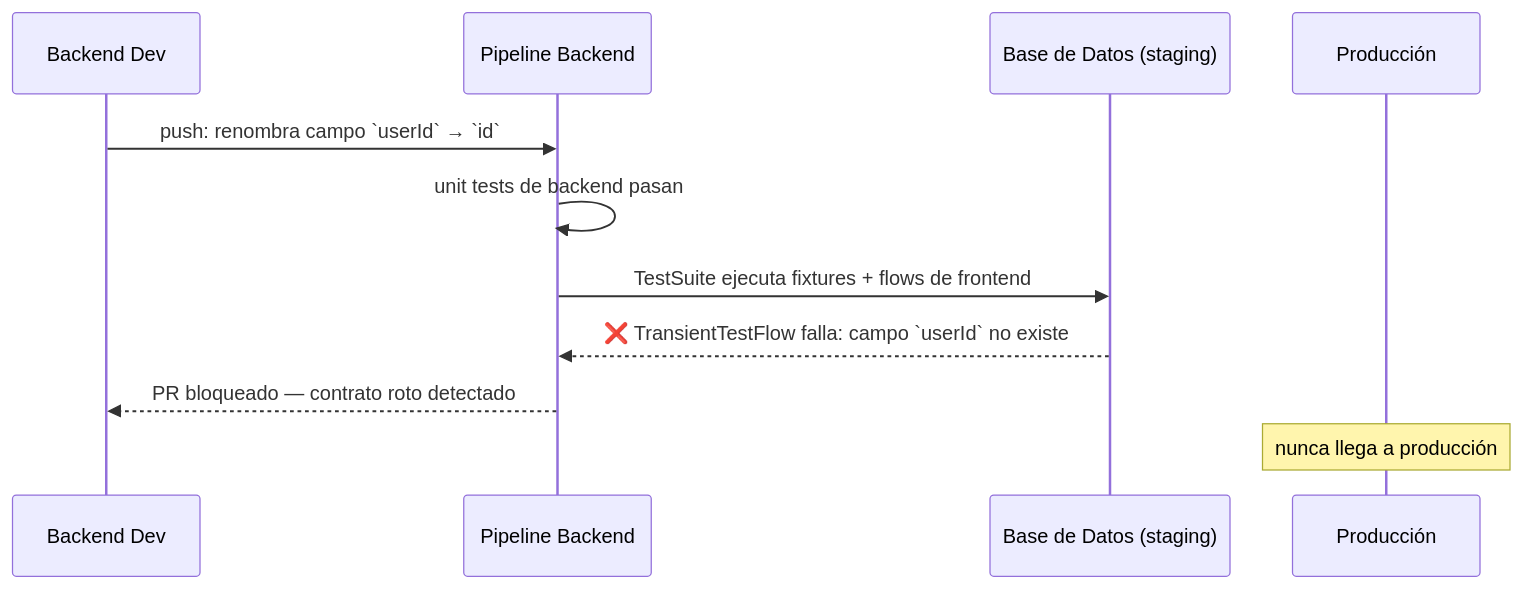
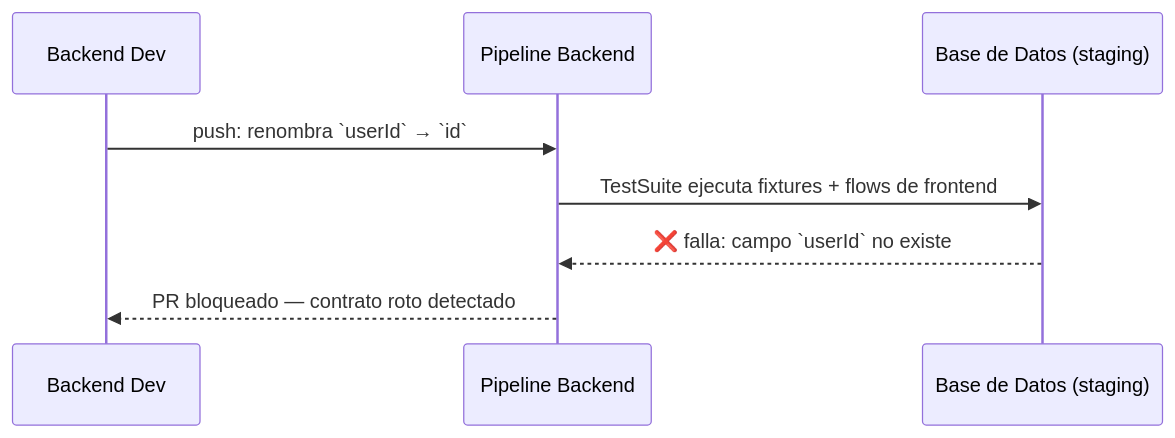
One commit to Rodsevich/testeador changed the second of 2 diagrams in docs/PROBLEM.md. Above: the diagram before and after it, drawn with Mermaid. The commit also changed other lines of this file and 14 other files, not shown here.

````diff
--- a/docs/PROBLEM.md
+++ b/docs/PROBLEM.md
@@ -35,14 +27,11 @@
 ```mermaid
 sequenceDiagram
     participant BE as Backend Dev
     participant BCI as Pipeline Backend
     participant DB as Base de Datos (staging)
-    participant Prod as Producción
 
-    BE->>BCI: push: renombra campo `userId` → `id`
-    BCI->>BCI: unit tests de backend pasan
+    BE->>BCI: push: renombra `userId` → `id`
     BCI->>DB: TestSuite ejecuta fixtures + flows de frontend
-    DB-->>BCI: ❌ TransientTestFlow falla: campo `userId` no existe
+    DB-->>BCI: ❌ falla: campo `userId` no existe
     BCI-->>BE: PR bloqueado — contrato roto detectado
-    Note over Prod: nunca llega a producción
 ```
````
